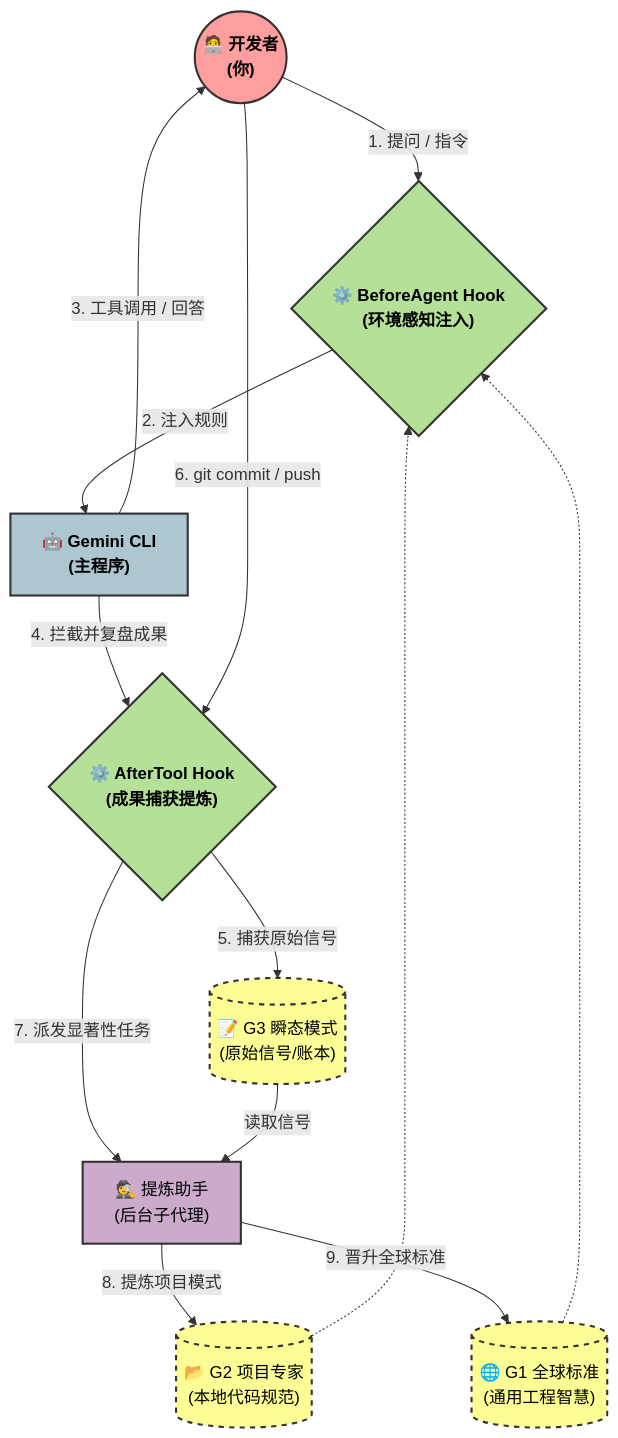
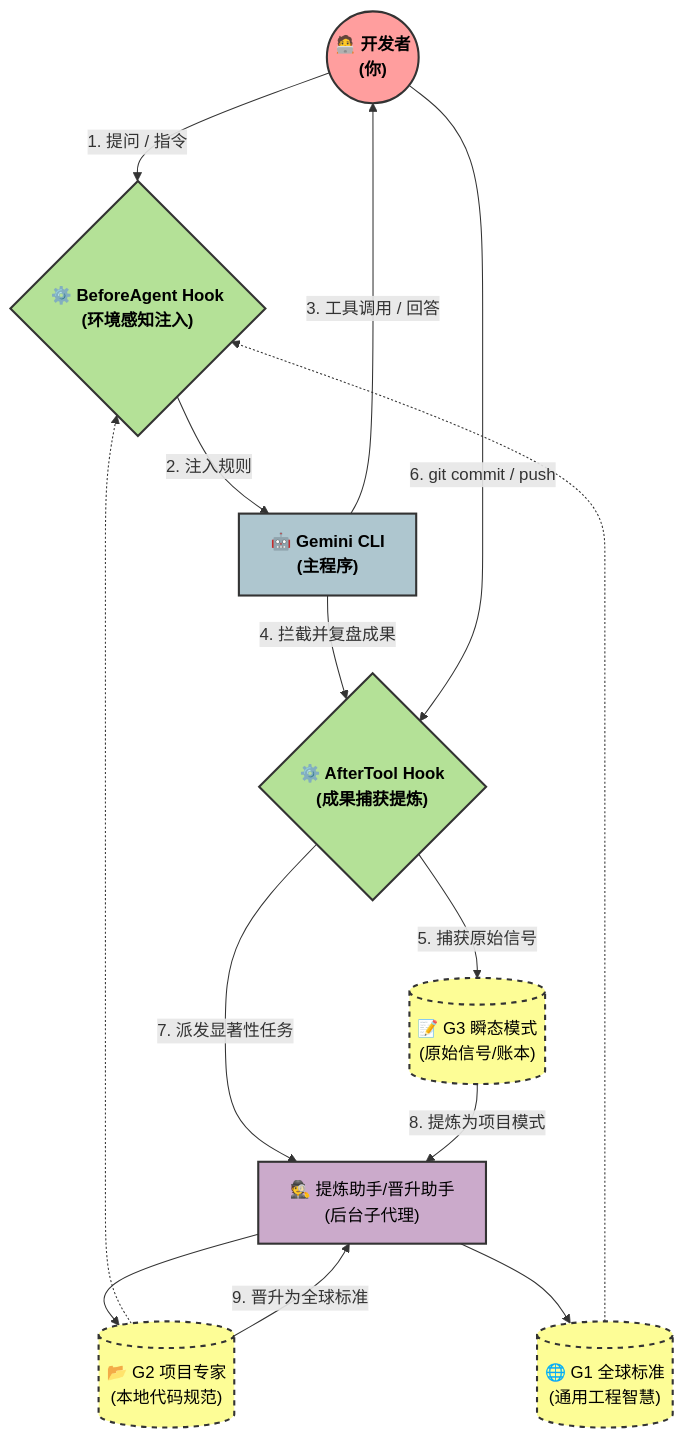
One commit to Biogod2020/ASSA changed the first of 2 diagrams in README_CN.md. Above: the diagram before and after it, drawn with Mermaid. The commit also changed 1 other file, not shown here.

Commit message:
docs: correct evolution flow logic (Memory -> Pattern -> Global) in architecture diagrams

````diff
--- a/README_CN.md
+++ b/README_CN.md
@@ -19,40 +19,43 @@
 ```mermaid
 flowchart TD
     %% Define Styles
     classDef userNode fill:#FF9E9E,stroke:#333,stroke-width:2px,color:#000,font-weight:bold
     classDef geminiNode fill:#AEC6CF,stroke:#333,stroke-width:2px,color:#000,font-weight:bold
     classDef assaNode fill:#B4E197,stroke:#333,stroke-width:2px,color:#000,font-weight:bold
     classDef memoryNode fill:#FDFD96,stroke:#333,stroke-width:2px,color:#000,stroke-dasharray: 5 5
     classDef subAgentNode fill:#CBAACB,stroke:#333,stroke-width:2px,color:#000
 
     %% Nodes
     User(("🧑‍💻 开发者<br/>(你)")):::userNode
     Gemini["🤖 Gemini CLI<br/>(主程序)"]:::geminiNode
     Hook_Before{"⚙️ BeforeAgent Hook<br/>(环境感知注入)"}:::assaNode
     Hook_After{"⚙️ AfterTool Hook<br/>(成果捕获提炼)"}:::assaNode
     
     Mem_G3[("📝 G3 瞬态模式<br/>(原始信号/账本)")]:::memoryNode
     Mem_G2[("📂 G2 项目专家<br/>(本地代码规范)")]:::memoryNode
     Mem_G1[("🌐 G1 全球标准<br/>(通用工程智慧)")]:::memoryNode
     
-    SubAgent["🕵️ 提炼助手<br/>(后台子代理)"]:::subAgentNode
+    SubAgent["🕵️ 提炼助手/晋升助手<br/>(后台子代理)"]:::subAgentNode
 
     %% Flow: Normal Conversation
     User -- "1. 提问 / 指令" --> Hook_Before
     Hook_Before -- "2. 注入规则" --> Gemini
     Mem_G2 -.-> Hook_Before
     Mem_G1 -.-> Hook_Before
 
     Gemini -- "3. 工具调用 / 回答" --> User
     Gemini -- "4. 拦截并复盘成果" --> Hook_After
     
     %% Flow: Reflex Evolution
     Hook_After -- "5. 捕获原始信号" --> Mem_G3
     
     %% Flow: Deep Evolution
     User -- "6. git commit / push" --> Hook_After
     Hook_After -- "7. 派发显著性任务" --> SubAgent
-    SubAgent -- "8. 提炼项目模式" --> Mem_G2
-    SubAgent -- "9. 晋升全球标准" --> Mem_G1
-    Mem_G3 -- "读取信号" --> SubAgent
+    
+    %% The Sequential Chain
+    Mem_G3 -- "8. 提炼为项目模式" --> SubAgent
+    SubAgent --> Mem_G2
+    Mem_G2 -- "9. 晋升为全球标准" --> SubAgent
+    SubAgent --> Mem_G1
 ```
````
